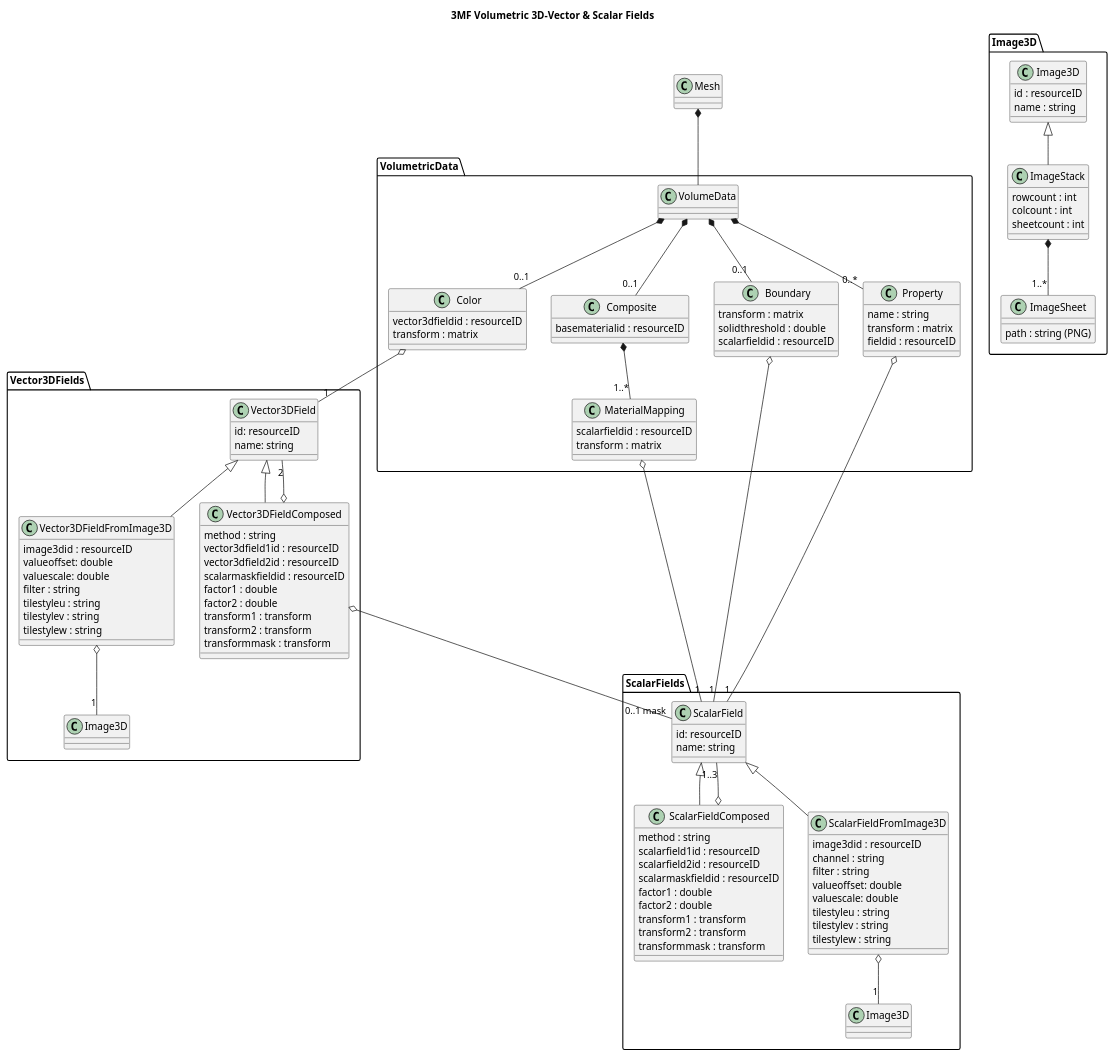
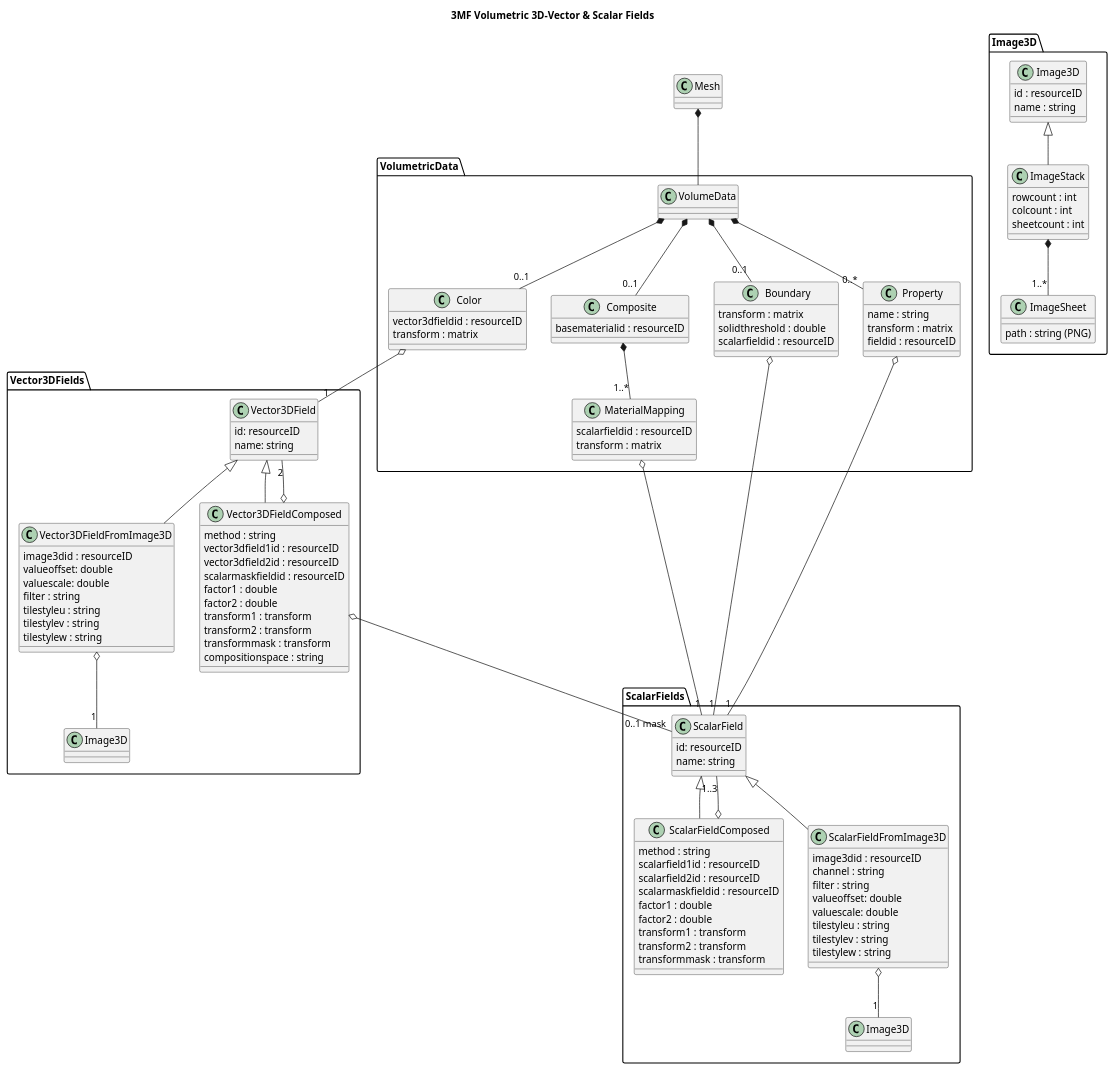
Before and after one commit to 3MFConsortium/spec_volumetric: the diagram in Volumetric class diagram.puml, drawn with PlantUML. The commit also changed 2 other files, not shown here.

```diff
--- a/Volumetric class diagram.puml
+++ b/Volumetric class diagram.puml
@@ -1,152 +1,153 @@
 @startuml
 
 title 3MF Volumetric 3D-Vector & Scalar Fields
 
 package Image3D
 {
     class Image3D
     {
         id : resourceID
         name : string
     }
     
     Class ImageStack extends Image3D
     {
         rowcount : int
         colcount : int
         sheetcount : int
     }
 
     Class ImageSheet
     {
         path : string (PNG)
     }
 
     ImageStack *-- "1..*" ImageSheet
 }
 
 package ScalarFields
 {
     Class ScalarField
     {
         id: resourceID
         name: string
     }
 
     Class ScalarFieldComposed extends ScalarField
     {
         method : string
         scalarfield1id : resourceID
         scalarfield2id : resourceID
         scalarmaskfieldid : resourceID
         factor1 : double
         factor2 : double
         transform1 : transform
         transform2 : transform
         transformmask : transform
     }
 
     Class ScalarFieldFromImage3D extends ScalarField
     {
         image3did : resourceID
         channel : string
         filter : string
         valueoffset: double
         valuescale: double
         tilestyleu : string
         tilestylev : string
         tilestylew : string
     }
 
     ScalarFieldComposed o-- "1..3" ScalarField
     ScalarFieldFromImage3D o-- "1" Image3D
 }
 
 package Vector3DFields
 {
     Class Vector3DField
     {
         id: resourceID
         name: string
     }
 
     Class Vector3DFieldComposed extends Vector3DField
     {
         method : string
         vector3dfield1id : resourceID
         vector3dfield2id : resourceID
         scalarmaskfieldid : resourceID
         factor1 : double
         factor2 : double
         transform1 : transform
         transform2 : transform
         transformmask : transform
+        compositionspace : string
     }
 
     Class Vector3DFieldFromImage3D extends Vector3DField
     {
         image3did : resourceID
         valueoffset: double
         valuescale: double
         filter : string
         tilestyleu : string
         tilestylev : string
         tilestylew : string
     }
 
     Vector3DFieldComposed o-- "2" Vector3DField
     Vector3DFieldComposed o-- "0..1 mask" ScalarField
     Vector3DFieldFromImage3D o-- "1" Image3D
 }
 
 package VolumetricData
 {
     Class VolumeData
 
     Class Boundary
     {
         transform : matrix
         solidthreshold : double
         scalarfieldid : resourceID
     }
 
     Class Color
     {
         vector3dfieldid : resourceID
         transform : matrix
     }
 
     Class Property
     {
         name : string
         transform : matrix
         fieldid : resourceID
     }
 
     Class Composite
     {
         basematerialid : resourceID
     }
 
     Class MaterialMapping
     {
         scalarfieldid : resourceID
         transform : matrix
     }        
 
     VolumeData *-- "0..1" Boundary
     VolumeData *-- "0..1" Color
     VolumeData *-- "0..*" Property
     VolumeData *-- "0..1" Composite
     Composite *-- "1..*" MaterialMapping
 
     Boundary o-- "1" ScalarField
     Color o-- "1" Vector3DField
     Property o-- "1" ScalarField
     MaterialMapping o-- "1" ScalarField
 }
 
 Class Mesh
 Mesh *-- VolumeData
 
 @enduml
```
